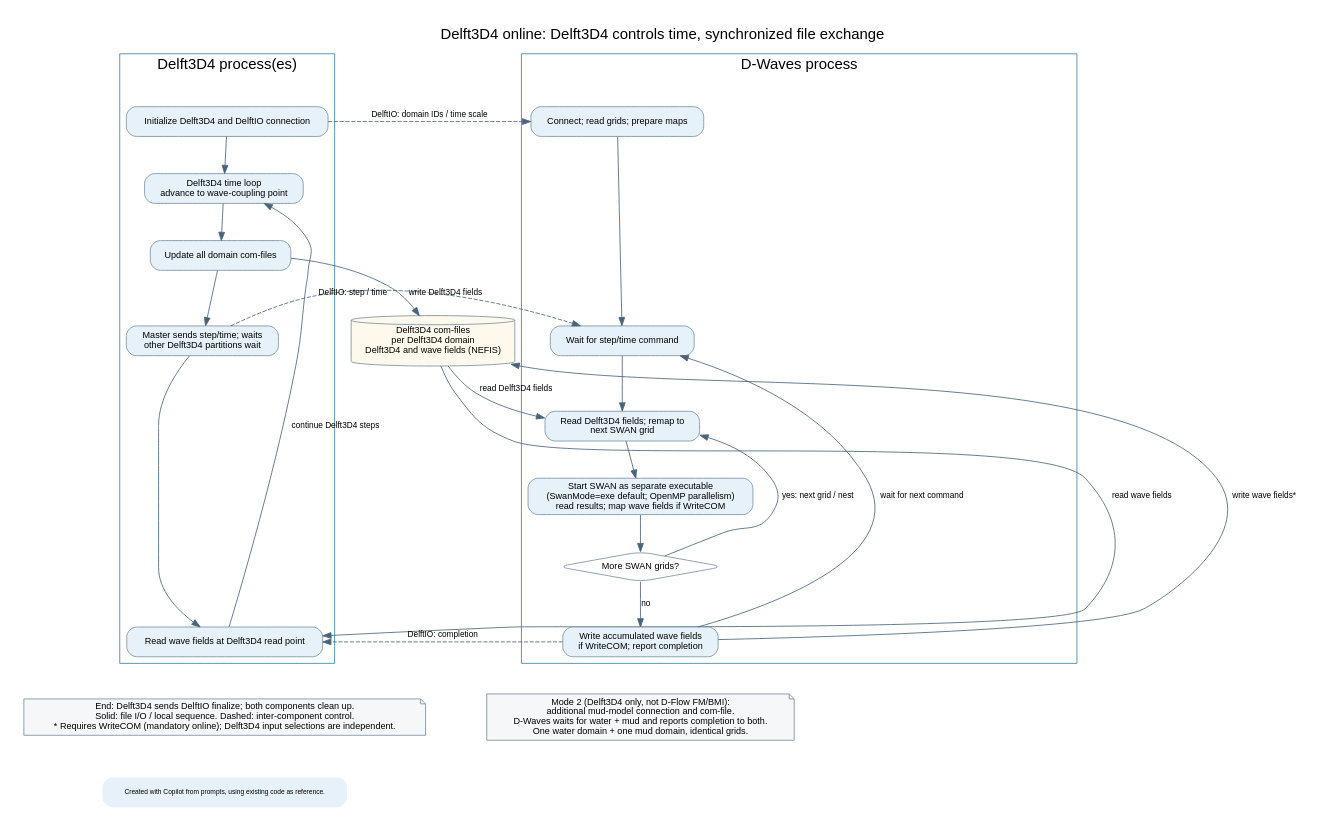
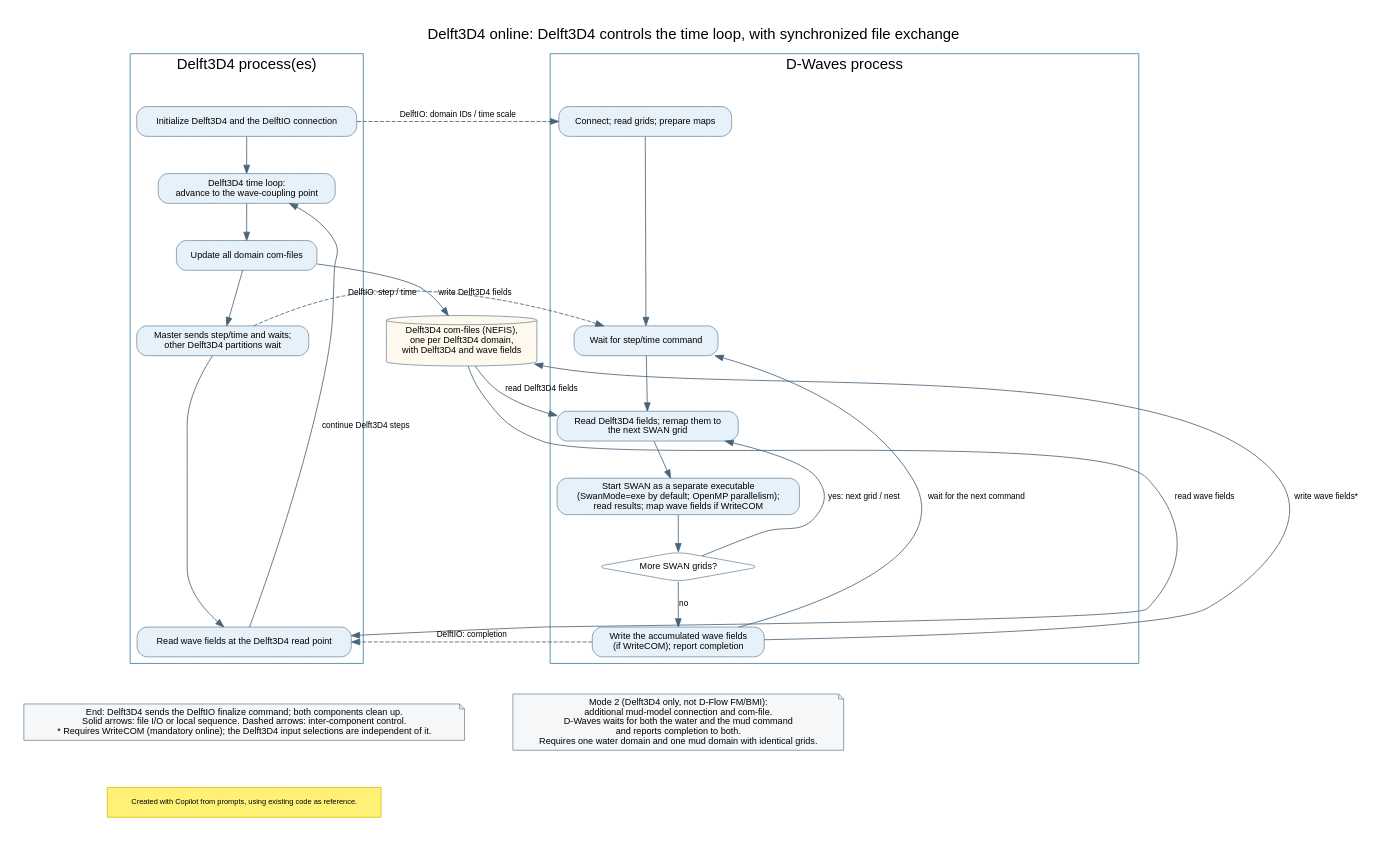
One commit to Deltares/Delft3D changed the diagram in src/engines_gpl/wave/docs/include/dwaves_pathway_delft3d4_detailed.dot. Above: the diagram before and after it, drawn with Graphviz. The commit also changed 19 other files, not shown here.

Commit message:
Grammatical edits and some additionalcosmetic changes in the diagrams

```diff
--- a/src/engines_gpl/wave/docs/include/dwaves_pathway_delft3d4_detailed.dot
+++ b/src/engines_gpl/wave/docs/include/dwaves_pathway_delft3d4_detailed.dot
@@ -1,54 +1,55 @@
 digraph delft3d4_communication {
-    graph [label="Delft3D4 online: Delft3D4 controls time, synchronized file exchange",
+    graph [label="Delft3D4 online: Delft3D4 controls the time loop, with synchronized file exchange",
            labelloc=t, fontsize=18, fontname="Helvetica", rankdir=TB,
            newrank=true, nodesep=0.6, ranksep=0.6, pad=0.3, bgcolor="white"];
     node [shape=box, style="rounded,filled", fillcolor="#E7F1FA",
           color="#7890A2", fontname="Helvetica", fontsize=11];
     edge [fontname="Helvetica", fontsize=10, color="#48647A"];
 
     subgraph cluster_flow {
         label="Delft3D4 process(es)"; color="#3B82A0";
-        fi [label="Initialize Delft3D4 and DelftIO connection"];
-        step [label="Delft3D4 time loop\nadvance to wave-coupling point"];
+        fi [label="Initialize Delft3D4 and the DelftIO connection"];
+        step [label="Delft3D4 time loop:\nadvance to the wave-coupling point"];
         publish [label="Update all domain com-files"];
-        wait [label="Master sends step/time; waits\nother Delft3D4 partitions wait"];
-        read [label="Read wave fields at Delft3D4 read point"];
+        wait [label="Master sends step/time and waits;\nother Delft3D4 partitions wait"];
+        read [label="Read wave fields at the Delft3D4 read point"];
         fi -> step -> publish -> wait -> read;
         read -> step [label="continue Delft3D4 steps", constraint=false];
     }
     com [shape=cylinder, fillcolor="#FFF9ED",
-         label="Delft3D4 com-files\nper Delft3D4 domain\nDelft3D4 and wave fields (NEFIS)"];
+         label="Delft3D4 com-files (NEFIS),\none per Delft3D4 domain,\nwith Delft3D4 and wave fields"];
     subgraph cluster_wave {
         label="D-Waves process"; color="#3B82A0";
         wi [label="Connect; read grids; prepare maps"];
         receive [label="Wait for step/time command"];
-        input [label="Read Delft3D4 fields; remap to\nnext SWAN grid"];
-        swan [label="Start SWAN as separate executable\n(SwanMode=exe default; OpenMP parallelism)\nread results; map wave fields if WriteCOM"];
+        input [label="Read Delft3D4 fields; remap them to\nthe next SWAN grid"];
+        swan [label="Start SWAN as a separate executable\n(SwanMode=exe by default; OpenMP parallelism);\nread results; map wave fields if WriteCOM"];
         more [shape=diamond, fillcolor="white", label="More SWAN grids?"];
-        write [label="Write accumulated wave fields\nif WriteCOM; report completion"];
+        write [label="Write the accumulated wave fields\n(if WriteCOM); report completion"];
         wi -> receive -> input -> swan -> more;
         more -> input [label="yes: next grid / nest", constraint=false];
         more -> write [label="no"];
-        write -> receive [label="wait for next command", constraint=false];
+        write -> receive [label="wait for the next command", constraint=false];
     }
     fi -> wi [style=dashed, label="DelftIO: domain IDs / time scale"];
     wait -> receive [style=dashed, label="DelftIO: step / time", constraint=false];
     write -> read [style=dashed, label="DelftIO: completion", constraint=false];
     publish -> com [label="write Delft3D4 fields"];
     com -> input [label="read Delft3D4 fields"];
     write -> com [label="write wave fields*", constraint=false];
     com -> read [label="read wave fields", constraint=false];
     mud [shape=note, fillcolor="#F5F7F8",
-         label="Mode 2 (Delft3D4 only, not D-Flow FM/BMI):\nadditional mud-model connection and com-file.\nD-Waves waits for water + mud and reports completion to both.\nOne water domain + one mud domain, identical grids."];
+         label="Mode 2 (Delft3D4 only, not D-Flow FM/BMI):\nadditional mud-model connection and com-file.\nD-Waves waits for both the water and the mud command\nand reports completion to both.\nRequires one water domain and one mud domain with identical grids."];
     finish [shape=note, fillcolor="#F5F7F8",
-            label="End: Delft3D4 sends DelftIO finalize; both components clean up.\nSolid: file I/O / local sequence. Dashed: inter-component control.\n* Requires WriteCOM (mandatory online); Delft3D4 input selections are independent."];
+            label="End: Delft3D4 sends the DelftIO finalize command; both components clean up.\nSolid arrows: file I/O or local sequence. Dashed arrows: inter-component control.\n* Requires WriteCOM (mandatory online); the Delft3D4 input selections are independent of it."];
     write -> mud [style=invis];
     read -> finish [style=invis];
     {rank=same; fi; wi;}
     {rank=same; wait; receive;}
     {rank=same; read; write;}
-    diagram_credit [shape=plaintext, fontsize=8,
+    diagram_credit [shape=box, style=filled, fillcolor="#FFF176", color="#E0C200",
+                    fontname="Helvetica", fontsize=9, margin="0.12,0.06",
                     label="Created with Copilot from prompts, using existing code as reference."];
     {rank=sink; diagram_credit;}
     finish -> diagram_credit [style=invis];
 }
```
